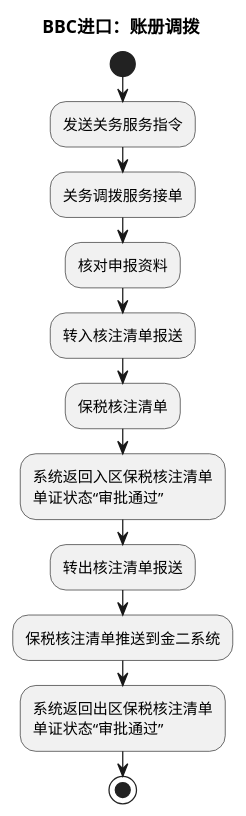
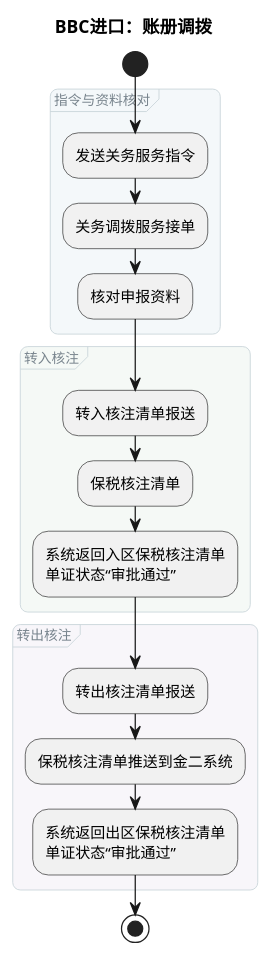
Before and after one commit to jack888332/projects-doc: the sixth of 12 diagrams in product-caliber/goldjet/segmented-prd/mainflow/PRD.高捷物流系统一期.主流程.06.跨境电商BBC进口详细流程.md, drawn with PlantUML. The commit also changed other lines of this file and 16 other files, not shown here.

Commit message:
给DSL图分组

````diff
--- a/product-caliber/goldjet/segmented-prd/mainflow/PRD.高捷物流系统一期.主流程.06.跨境电商BBC进口详细流程.md
+++ b/product-caliber/goldjet/segmented-prd/mainflow/PRD.高捷物流系统一期.主流程.06.跨境电商BBC进口详细流程.md
@@ -258,17 +354,35 @@
 ```plantuml
 @startuml
 skinparam activityDiamondBackgroundColor #FFF4CC
+<style>
+activityDiagram {
+  group {
+    LineColor #CAD5DA
+    LineThickness 0.7
+    RoundCorner 12
+    FontColor #78848D
+    FontSize 11
+    FontStyle plain
+  }
+}
+</style>
 title BBC进口：账册调拨
 start
+group 指令与资料核对 #F4F8FA {
 :发送关务服务指令;
 :关务调拨服务接单;
 :核对申报资料;
+}
+group 转入核注 #F5F9F6 {
 :转入核注清单报送;
 :保税核注清单;
 :系统返回入区保税核注清单\n单证状态“审批通过”;
+}
+group 转出核注 #F8F6FA {
 :转出核注清单报送;
 :保税核注清单推送到金二系统;
 :系统返回出区保税核注清单\n单证状态“审批通过”;
+}
 stop
 @enduml
 ```
````
